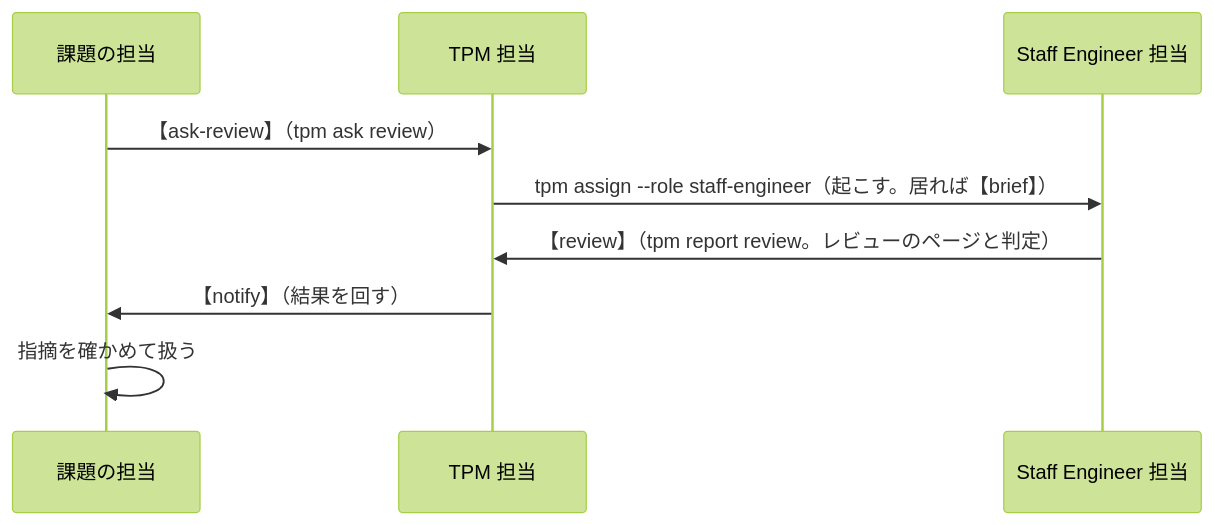
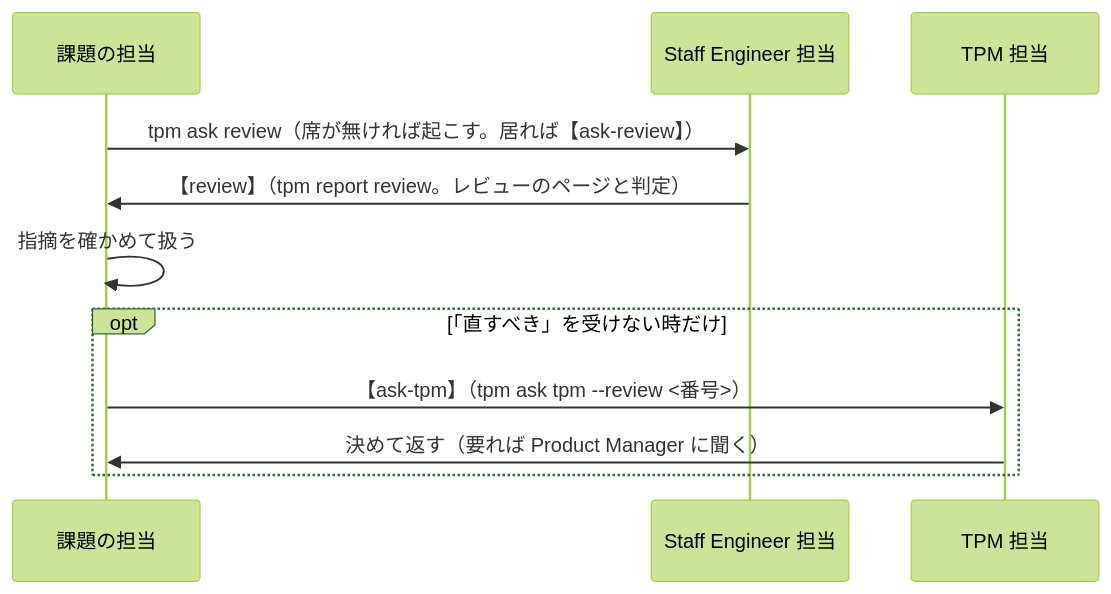
One commit to uraitakahito/roster changed the third of 3 diagrams in docs-site/src/content/docs/protocol.md. Above: the diagram before and after it, drawn with Mermaid (forest theme). The commit also changed other lines of this file and 25 other files, not shown here.

First line of the commit message:
feat: レビューの頼みと判定を、TPM 担当を通さず、課題の担当と Staff Engineer 担当の席の間でじかに届ける。席は tpm ask review が、無ければ起こす。受けない時だけ tpm ask tpm --review で TPM 担当に上げる（AI-28）

````diff
--- a/docs-site/src/content/docs/protocol.md
+++ b/docs-site/src/content/docs/protocol.md
@@ -188,11 +188,13 @@
 ```mermaid
 sequenceDiagram
   participant SE as 課題の担当
+  participant ST as Staff Engineer 担当
   participant TPM as TPM 担当
-  participant ST as Staff Engineer 担当
-  SE->>TPM: 【ask-review】（tpm ask review）
-  TPM->>ST: tpm assign --role staff-engineer（起こす。居れば【brief】）
-  ST->>TPM: 【review】（tpm report review。レビューのページと判定）
-  TPM->>SE: 【notify】（結果を回す）
+  SE->>ST: tpm ask review（席が無ければ起こす。居れば【ask-review】）
+  ST->>SE: 【review】（tpm report review。レビューのページと判定）
   SE->>SE: 指摘を確かめて扱う
+  opt 「直すべき」を受けない時だけ
+    SE->>TPM: 【ask-tpm】（tpm ask tpm --review <番号>）
+    TPM->>SE: 決めて返す（要れば Product Manager に聞く）
+  end
 ```
````
